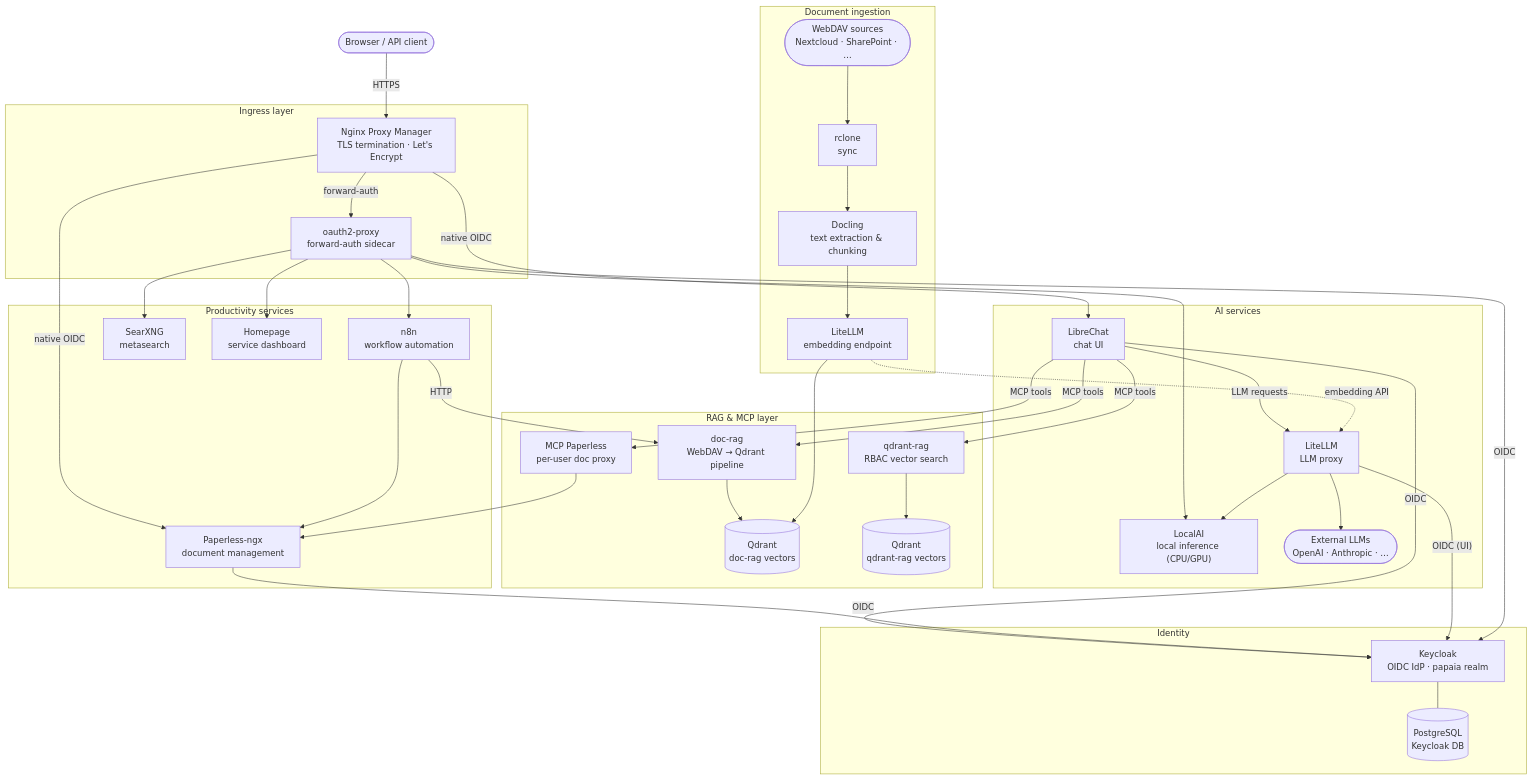
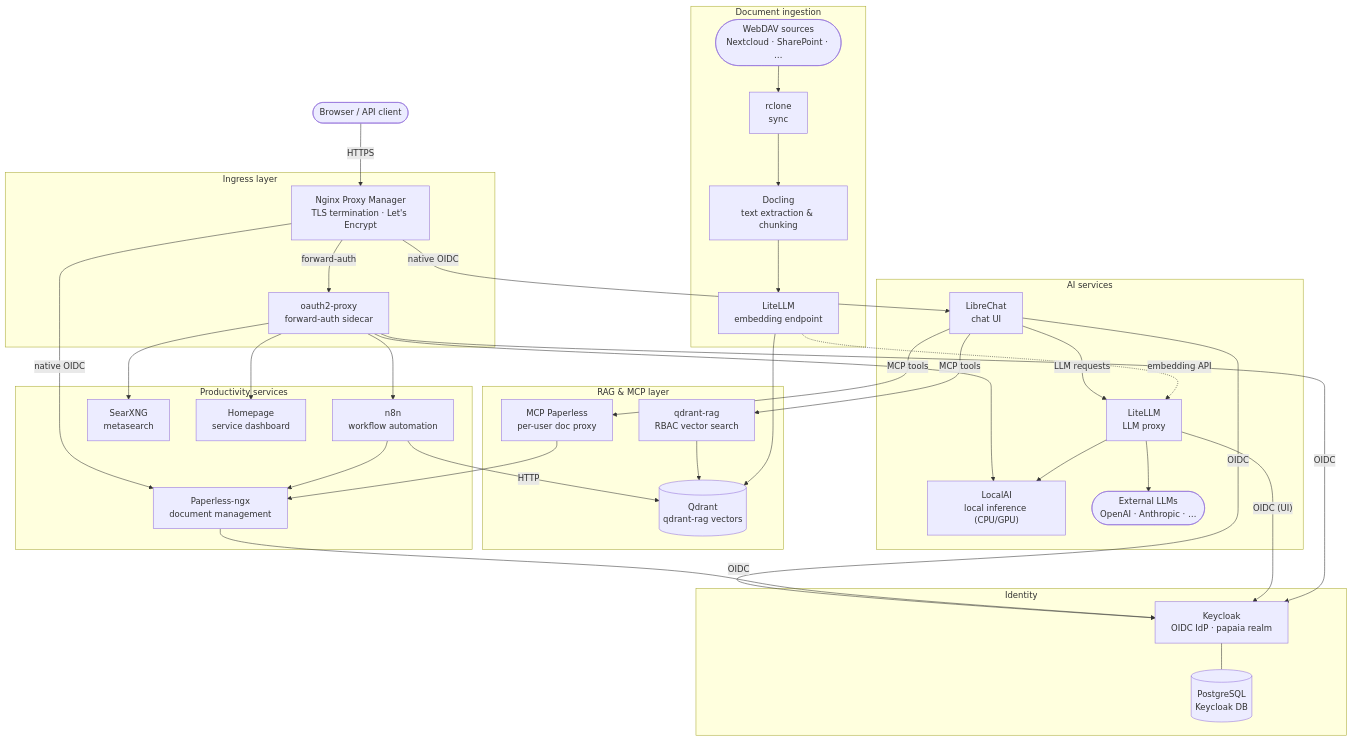
The first of 3 diagrams in docs/architecture.md (Fidonis/papaia), drawn with Mermaid before and after one commit. The commit also changed other lines of this file and 18 other files, not shown here.

````diff
--- a/docs/architecture.md
+++ b/docs/architecture.md
@@ -17,76 +17,72 @@
 ```mermaid
 flowchart TD
     Browser(["Browser / API client"])
 
     subgraph Ingress["Ingress layer"]
         NPM["Nginx Proxy Manager\nTLS termination · Let's Encrypt"]
         OP["oauth2-proxy\nforward-auth sidecar"]
     end
 
     subgraph Identity["Identity"]
         KC["Keycloak\nOIDC IdP · papaia realm"]
         KCDB[("PostgreSQL\nKeycloak DB")]
     end
 
     subgraph AI["AI services"]
         LC["LibreChat\nchat UI"]
         LL["LiteLLM\nLLM proxy"]
         LAI["LocalAI\nlocal inference (CPU/GPU)"]
         EXT(["External LLMs\nOpenAI · Anthropic · …"])
     end
 
     subgraph RAG["RAG & MCP layer"]
-        DOCRAG["doc-rag\nWebDAV → Qdrant pipeline"]
         QR["qdrant-rag\nRBAC vector search"]
         MCP["MCP Paperless\nper-user doc proxy"]
-        QD1[("Qdrant\ndoc-rag vectors")]
-        QD2[("Qdrant\nqdrant-rag vectors")]
+        QD[("Qdrant\nqdrant-rag vectors")]
     end
 
     subgraph Productivity["Productivity services"]
         PL["Paperless-ngx\ndocument management"]
         N8N["n8n\nworkflow automation"]
         SX["SearXNG\nmetasearch"]
         HP["Homepage\nservice dashboard"]
     end
 
     subgraph DocIngest["Document ingestion"]
         WEBDAV(["WebDAV sources\nNextcloud · SharePoint · …"])
         RCLONE["rclone\nsync"]
         DOCLING["Docling\ntext extraction & chunking"]
         EMBED["LiteLLM\nembedding endpoint"]
     end
 
     Browser -->|"HTTPS"| NPM
     NPM -->|"native OIDC"| LC
     NPM -->|"native OIDC"| PL
     NPM -->|"forward-auth"| OP
     OP --> HP
     OP --> SX
     OP --> LAI
     OP --> N8N
 
     KC --- KCDB
     LC -->|"OIDC"| KC
     PL -->|"OIDC"| KC
     LL -->|"OIDC (UI)"| KC
     OP -->|"OIDC"| KC
 
     LC -->|"LLM requests"| LL
     LL --> LAI
     LL --> EXT
 
-    LC -->|"MCP tools"| DOCRAG
     LC -->|"MCP tools"| QR
     LC -->|"MCP tools"| MCP
 
-    DOCRAG --> QD1
-    QR --> QD2
+    QR --> QD
     MCP --> PL
 
-    WEBDAV --> RCLONE --> DOCLING --> EMBED --> QD1
+    WEBDAV --> RCLONE --> DOCLING --> EMBED --> QD
     EMBED -.->|"embedding API"| LL
 
-    N8N -->|"HTTP"| DOCRAG
+    N8N -->|"HTTP"| QD
     N8N --> PL
 ```
````
